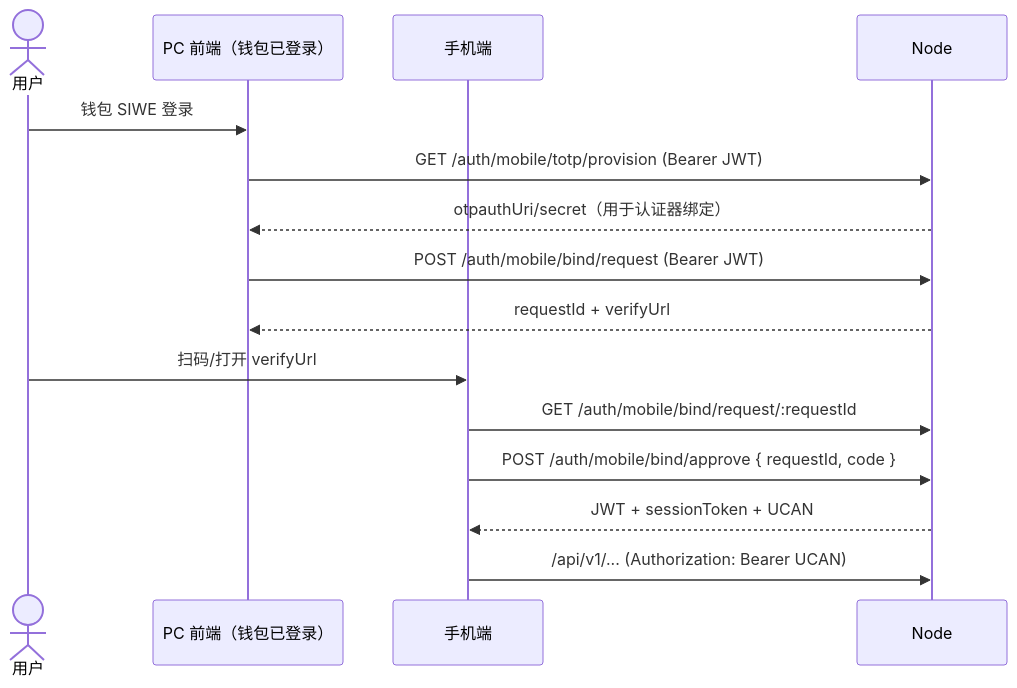
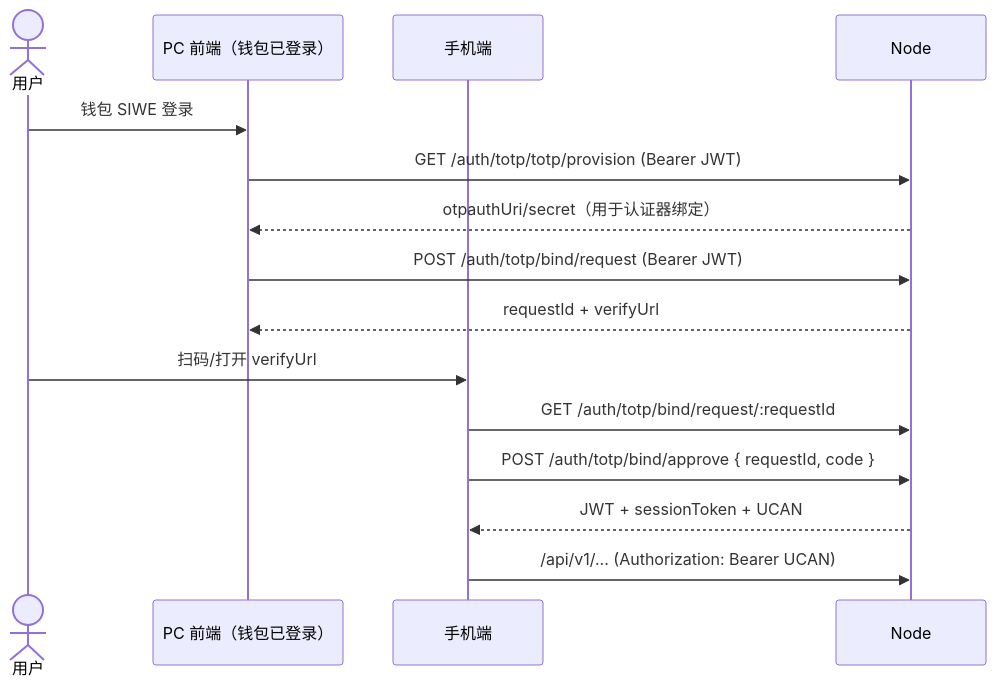
The fourth of 5 diagrams in docs/登录授权.md (yeying-community/node), drawn with Mermaid before and after one commit. The commit also changed other lines of this file and 16 other files, not shown here.

Commit message:
refactor totp auth naming and remove mobile terminology

````diff
--- a/docs/登录授权.md
+++ b/docs/登录授权.md
@@ -81,18 +81,18 @@
 ```mermaid
 sequenceDiagram
   actor U as 用户
   participant PC as PC 前端（钱包已登录）
   participant M as 手机端
   participant BE as Node
 
   U ->> PC: 钱包 SIWE 登录
-  PC ->> BE: GET /auth/mobile/totp/provision (Bearer JWT)
+  PC ->> BE: GET /auth/totp/totp/provision (Bearer JWT)
   BE -->> PC: otpauthUri/secret（用于认证器绑定）
-  PC ->> BE: POST /auth/mobile/bind/request (Bearer JWT)
+  PC ->> BE: POST /auth/totp/bind/request (Bearer JWT)
   BE -->> PC: requestId + verifyUrl
   U ->> M: 扫码/打开 verifyUrl
-  M ->> BE: GET /auth/mobile/bind/request/:requestId
-  M ->> BE: POST /auth/mobile/bind/approve { requestId, code }
+  M ->> BE: GET /auth/totp/bind/request/:requestId
+  M ->> BE: POST /auth/totp/bind/approve { requestId, code }
   BE -->> M: JWT + sessionToken + UCAN
   M ->> BE: /api/v1/... (Authorization: Bearer UCAN)
 ```
````
